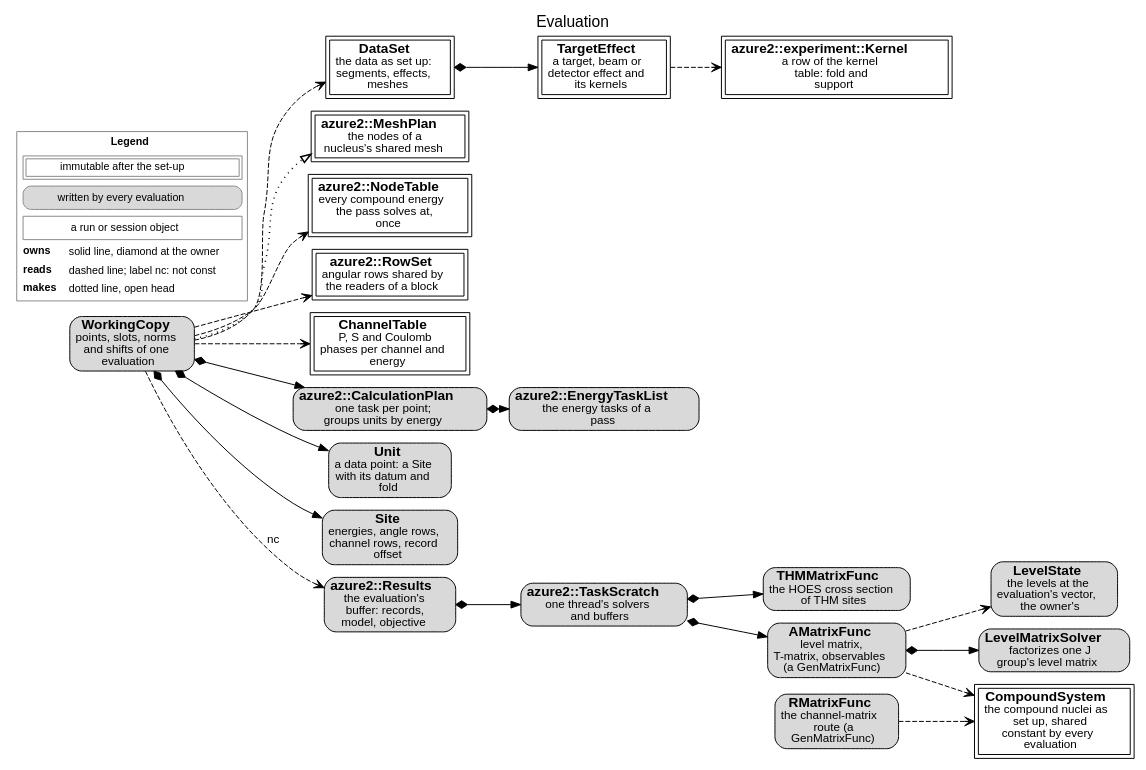
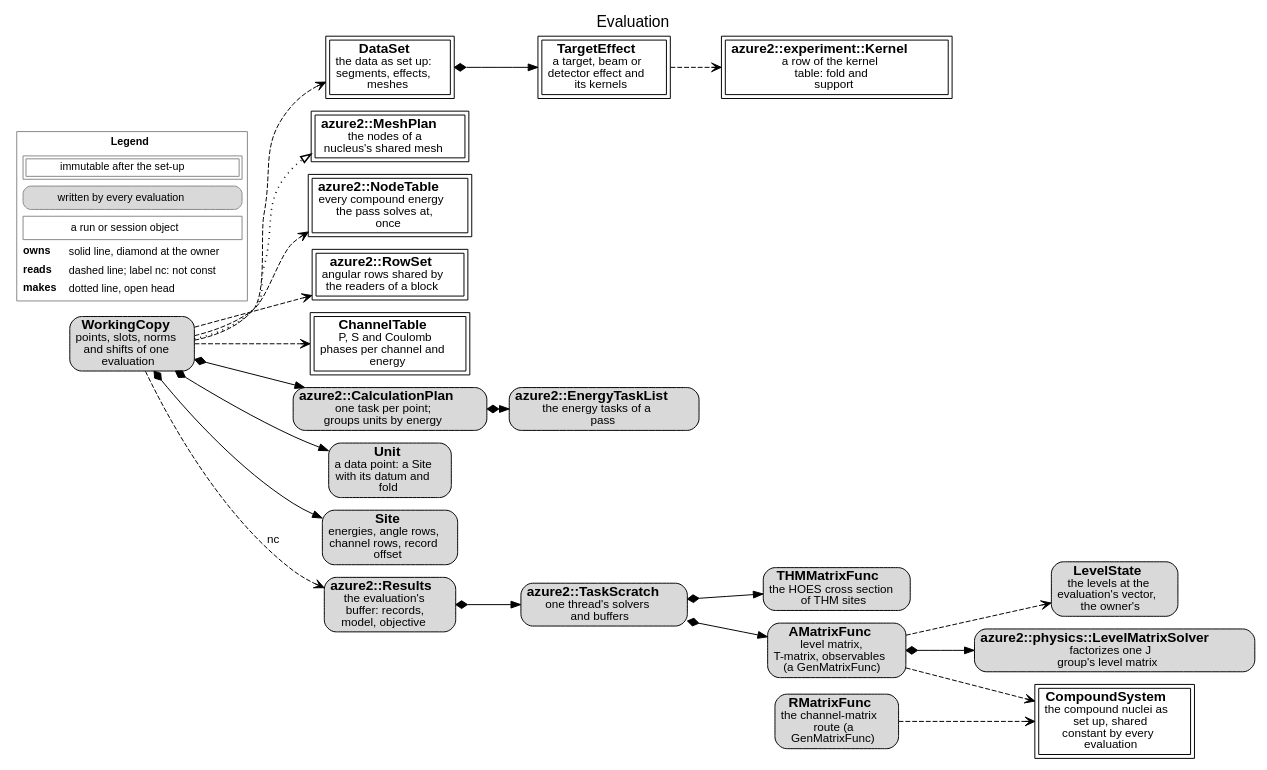
Before and after one commit to AZURE2DEV/AZURE2: the diagram in docs/source/developer/figures/evaluation.dot, drawn with Graphviz. The commit also changed 23 other files, not shown here.

First line of the commit message:
physics: the level matrix, its solvers and the collision-matrix elements as functions of arrays

```diff
--- a/docs/source/developer/figures/evaluation.dot
+++ b/docs/source/developer/figures/evaluation.dot
@@ -1,45 +1,45 @@
 digraph evaluation {
   graph [rankdir=LR, fontname="Helvetica", fontsize=16, labelloc=t, label="Evaluation", nodesep=0.18, ranksep=0.3, newrank=true];
   node [fontname="Helvetica", fontsize=14, margin="0.08,0.04"];
   edge [fontname="Helvetica", fontsize=12];
   n_WorkingCopy [label=<<b>WorkingCopy</b><br/><font point-size="12">points, slots, norms<br/>and shifts of one<br/>evaluation</font>>, shape=box, style="rounded,filled", fillcolor="#d9d9d9"];
   n_DataSet [label=<<b>DataSet</b><br/><font point-size="12">the data as set up:<br/>segments, effects,<br/>meshes</font>>, shape=box, peripheries=2, style="filled", fillcolor="white"];
   n_TargetEffect [label=<<b>TargetEffect</b><br/><font point-size="12">a target, beam or<br/>detector effect and<br/>its kernels</font>>, shape=box, peripheries=2, style="filled", fillcolor="white"];
   n_azure2__experiment__Kernel [label=<<b>azure2::experiment::Kernel</b><br/><font point-size="12">a row of the kernel<br/>table: fold and<br/>support</font>>, shape=box, peripheries=2, style="filled", fillcolor="white"];
   n_azure2__MeshPlan [label=<<b>azure2::MeshPlan</b><br/><font point-size="12">the nodes of a<br/>nucleus&#x27;s shared mesh</font>>, shape=box, peripheries=2, style="filled", fillcolor="white"];
   n_azure2__NodeTable [label=<<b>azure2::NodeTable</b><br/><font point-size="12">every compound energy<br/>the pass solves at,<br/>once</font>>, shape=box, peripheries=2, style="filled", fillcolor="white"];
   n_azure2__RowSet [label=<<b>azure2::RowSet</b><br/><font point-size="12">angular rows shared by<br/>the readers of a block</font>>, shape=box, peripheries=2, style="filled", fillcolor="white"];
   n_ChannelTable [label=<<b>ChannelTable</b><br/><font point-size="12">P, S and Coulomb<br/>phases per channel and<br/>energy</font>>, shape=box, peripheries=2, style="filled", fillcolor="white"];
   n_azure2__CalculationPlan [label=<<b>azure2::CalculationPlan</b><br/><font point-size="12">one task per point;<br/>groups units by energy</font>>, shape=box, style="rounded,filled", fillcolor="#d9d9d9"];
   n_azure2__EnergyTaskList [label=<<b>azure2::EnergyTaskList</b><br/><font point-size="12">the energy tasks of a<br/>pass</font>>, shape=box, style="rounded,filled", fillcolor="#d9d9d9"];
   n_Unit [label=<<b>Unit</b><br/><font point-size="12">a data point: a Site<br/>with its datum and<br/>fold</font>>, shape=box, style="rounded,filled", fillcolor="#d9d9d9"];
   n_Site [label=<<b>Site</b><br/><font point-size="12">energies, angle rows,<br/>channel rows, record<br/>offset</font>>, shape=box, style="rounded,filled", fillcolor="#d9d9d9"];
   n_azure2__Results [label=<<b>azure2::Results</b><br/><font point-size="12">the evaluation&#x27;s<br/>buffer: records,<br/>model, objective</font>>, shape=box, style="rounded,filled", fillcolor="#d9d9d9"];
   n_azure2__TaskScratch [label=<<b>azure2::TaskScratch</b><br/><font point-size="12">one thread&#x27;s solvers<br/>and buffers</font>>, shape=box, style="rounded,filled", fillcolor="#d9d9d9"];
   n_AMatrixFunc [label=<<b>AMatrixFunc</b><br/><font point-size="12">level matrix,<br/>T-matrix, observables<br/>(a GenMatrixFunc)</font>>, shape=box, style="rounded,filled", fillcolor="#d9d9d9"];
   n_THMMatrixFunc [label=<<b>THMMatrixFunc</b><br/><font point-size="12">the HOES cross section<br/>of THM sites</font>>, shape=box, style="rounded,filled", fillcolor="#d9d9d9"];
   n_RMatrixFunc [label=<<b>RMatrixFunc</b><br/><font point-size="12">the channel-matrix<br/>route (a<br/>GenMatrixFunc)</font>>, shape=box, style="rounded,filled", fillcolor="#d9d9d9"];
-  n_LevelMatrixSolver [label=<<b>LevelMatrixSolver</b><br/><font point-size="12">factorizes one J<br/>group&#x27;s level matrix</font>>, shape=box, style="rounded,filled", fillcolor="#d9d9d9"];
+  n_azure2__physics__LevelMatrixSolver [label=<<b>azure2::physics::LevelMatrixSolver</b><br/><font point-size="12">factorizes one J<br/>group&#x27;s level matrix</font>>, shape=box, style="rounded,filled", fillcolor="#d9d9d9"];
   n_CompoundSystem [label=<<b>CompoundSystem</b><br/><font point-size="12">the compound nuclei as<br/>set up, shared<br/>constant by every<br/>evaluation</font>>, shape=box, peripheries=2, style="filled", fillcolor="white"];
   n_LevelState [label=<<b>LevelState</b><br/><font point-size="12">the levels at the<br/>evaluation&#x27;s vector,<br/>the owner&#x27;s</font>>, shape=box, style="rounded,filled", fillcolor="#d9d9d9"];
   n_WorkingCopy -> n_DataSet [style=dashed, arrowhead=vee];
   n_DataSet -> n_TargetEffect [style=solid, dir=both, arrowtail=diamond, arrowhead=normal];
   n_TargetEffect -> n_azure2__experiment__Kernel [style=dashed, arrowhead=vee];
   n_WorkingCopy -> n_azure2__MeshPlan [style=dotted, penwidth=1.6, arrowhead=empty];
   n_WorkingCopy -> n_azure2__NodeTable [style=dashed, arrowhead=vee];
   n_WorkingCopy -> n_azure2__RowSet [style=dashed, arrowhead=vee];
   n_WorkingCopy -> n_ChannelTable [style=dashed, arrowhead=vee];
   n_WorkingCopy -> n_azure2__CalculationPlan [style=solid, dir=both, arrowtail=diamond, arrowhead=normal];
   n_azure2__CalculationPlan -> n_azure2__EnergyTaskList [style=solid, dir=both, arrowtail=diamond, arrowhead=normal];
   n_WorkingCopy -> n_Unit [style=solid, dir=both, arrowtail=diamond, arrowhead=normal];
   n_WorkingCopy -> n_Site [style=solid, dir=both, arrowtail=diamond, arrowhead=normal];
   n_azure2__Results -> n_azure2__TaskScratch [style=solid, dir=both, arrowtail=diamond, arrowhead=normal];
   n_azure2__TaskScratch -> n_AMatrixFunc [style=solid, dir=both, arrowtail=diamond, arrowhead=normal];
   n_azure2__TaskScratch -> n_THMMatrixFunc [style=solid, dir=both, arrowtail=diamond, arrowhead=normal];
-  n_AMatrixFunc -> n_LevelMatrixSolver [style=solid, dir=both, arrowtail=diamond, arrowhead=normal];
+  n_AMatrixFunc -> n_azure2__physics__LevelMatrixSolver [style=solid, dir=both, arrowtail=diamond, arrowhead=normal];
   n_AMatrixFunc -> n_CompoundSystem [style=dashed, arrowhead=vee];
   n_AMatrixFunc -> n_LevelState [style=dashed, arrowhead=vee];
   n_RMatrixFunc -> n_CompoundSystem [style=dashed, arrowhead=vee];
   n_WorkingCopy -> n_azure2__Results [style=dashed, arrowhead=vee, label=" nc"];
   legend [shape=plaintext, fontsize=11, label=<<TABLE BORDER="1" CELLBORDER="0" CELLSPACING="3" COLOR="#888888"><TR><TD COLSPAN="2"><B>Legend</B></TD></TR><TR><TD COLSPAN="2"><TABLE BORDER="1" CELLBORDER="1" CELLSPACING="2" CELLPADDING="2"><TR><TD>immutable after the set-up</TD></TR></TABLE></TD></TR><TR><TD COLSPAN="2"><TABLE BORDER="1" CELLBORDER="0" CELLPADDING="3" STYLE="rounded" BGCOLOR="#d9d9d9"><TR><TD>written by every evaluation</TD></TR></TABLE></TD></TR><TR><TD COLSPAN="2"><TABLE BORDER="1" CELLBORDER="0" CELLPADDING="3" ><TR><TD>a run or session object</TD></TR></TABLE></TD></TR><TR><TD ALIGN="LEFT"><B>owns</B></TD><TD ALIGN="LEFT">solid line, diamond at the owner</TD></TR><TR><TD ALIGN="LEFT"><B>reads</B></TD><TD ALIGN="LEFT">dashed line; label nc: not const</TD></TR><TR><TD ALIGN="LEFT"><B>makes</B></TD><TD ALIGN="LEFT">dotted line, open head</TD></TR></TABLE>>];
 }
```
